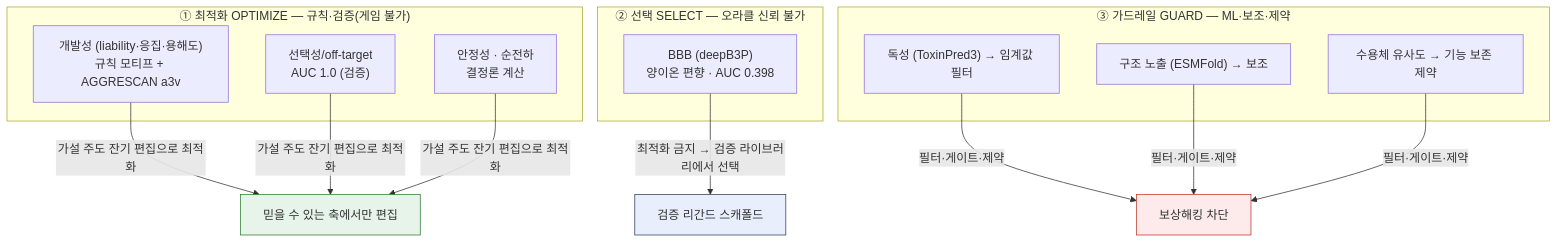
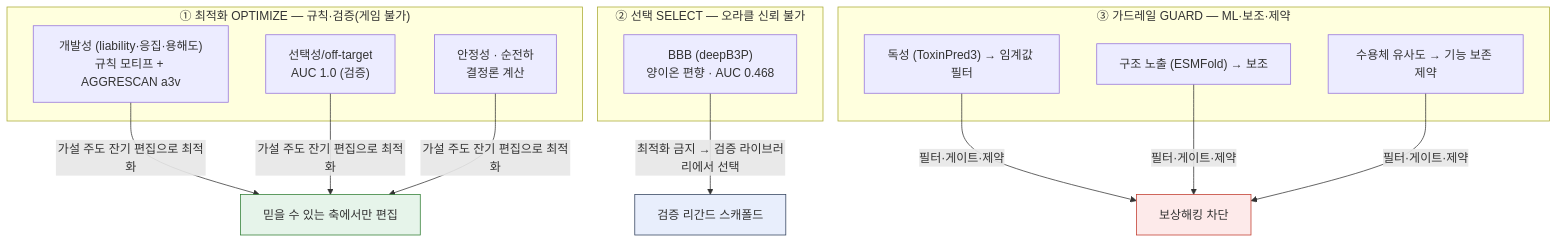
Before and after one commit to yunseul6028/BBB-Optimizer: the fifth of 9 diagrams in 아키텍처.md, drawn with Mermaid. The commit also changed other lines of this file and 22 other files, not shown here.

````diff
--- a/아키텍처.md
+++ b/아키텍처.md
@@ -192,24 +195,24 @@
 ```mermaid
 flowchart TB
   subgraph OPT["① 최적화 OPTIMIZE — 규칙·검증(게임 불가)"]
     O1["개발성 (liability·응집·용해도)<br/>규칙 모티프 + AGGRESCAN a3v"]
     O2["선택성/off-target<br/>AUC 1.0 (검증)"]
     O3["안정성 · 순전하<br/>결정론 계산"]
   end
   subgraph SEL["② 선택 SELECT — 오라클 신뢰 불가"]
-    S1["BBB (deepB3P)<br/>양이온 편향 · AUC 0.398"]
+    S1["BBB (deepB3P)<br/>양이온 편향 · AUC 0.468"]
   end
   subgraph GRD["③ 가드레일 GUARD — ML·보조·제약"]
     G1["독성 (ToxinPred3) → 임계값 필터"]
     G2["구조 노출 (ESMFold) → 보조"]
     G3["수용체 유사도 → 기능 보존 제약"]
   end
 
   O1 & O2 & O3 -->|"가설 주도 잔기 편집으로 최적화"| EDIT["믿을 수 있는 축에서만 편집"]:::ok
   S1 -->|"최적화 금지 → 검증 라이브러리에서 선택"| LIB["검증 리간드 스캐폴드"]:::sel
   G1 & G2 & G3 -->|"필터·게이트·제약"| GATE["보상해킹 차단"]:::grd
 
   classDef ok fill:#e6f4ea,stroke:#2e7d32;
   classDef sel fill:#e8eefc,stroke:#30405c;
   classDef grd fill:#fdeaea,stroke:#c0392b;
 ```
````
